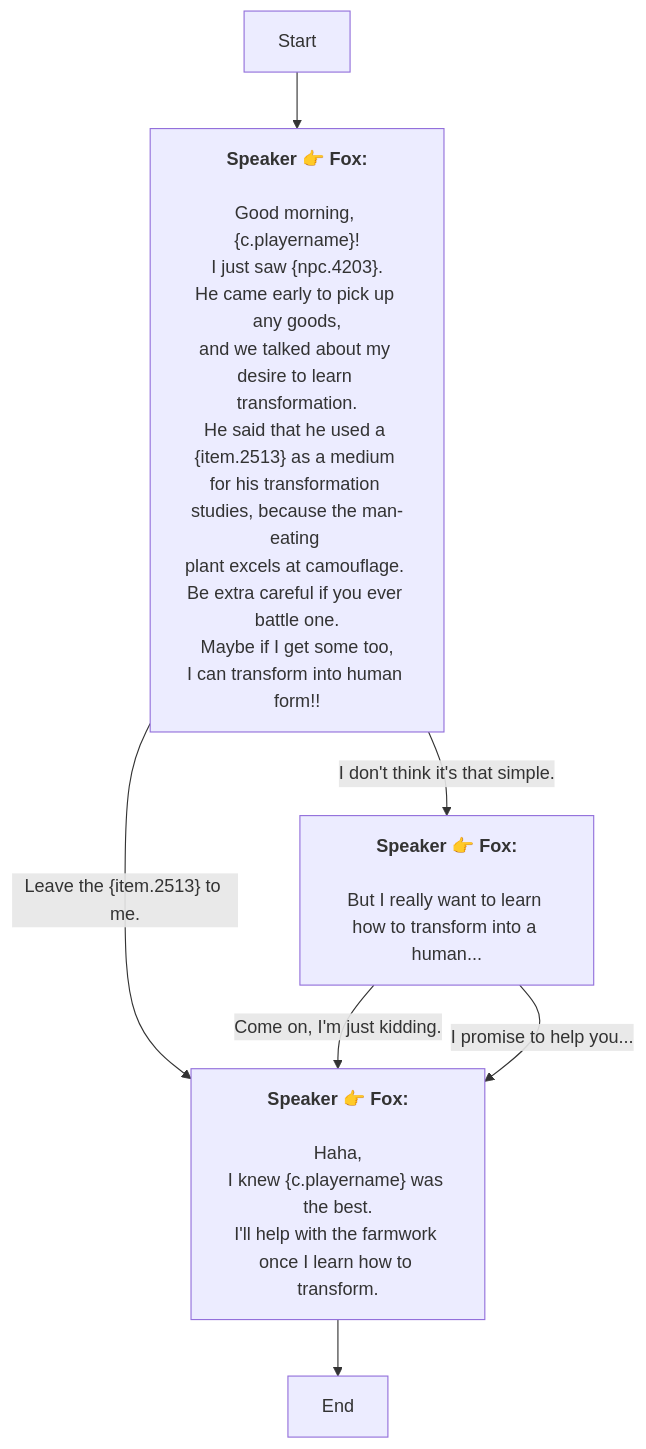
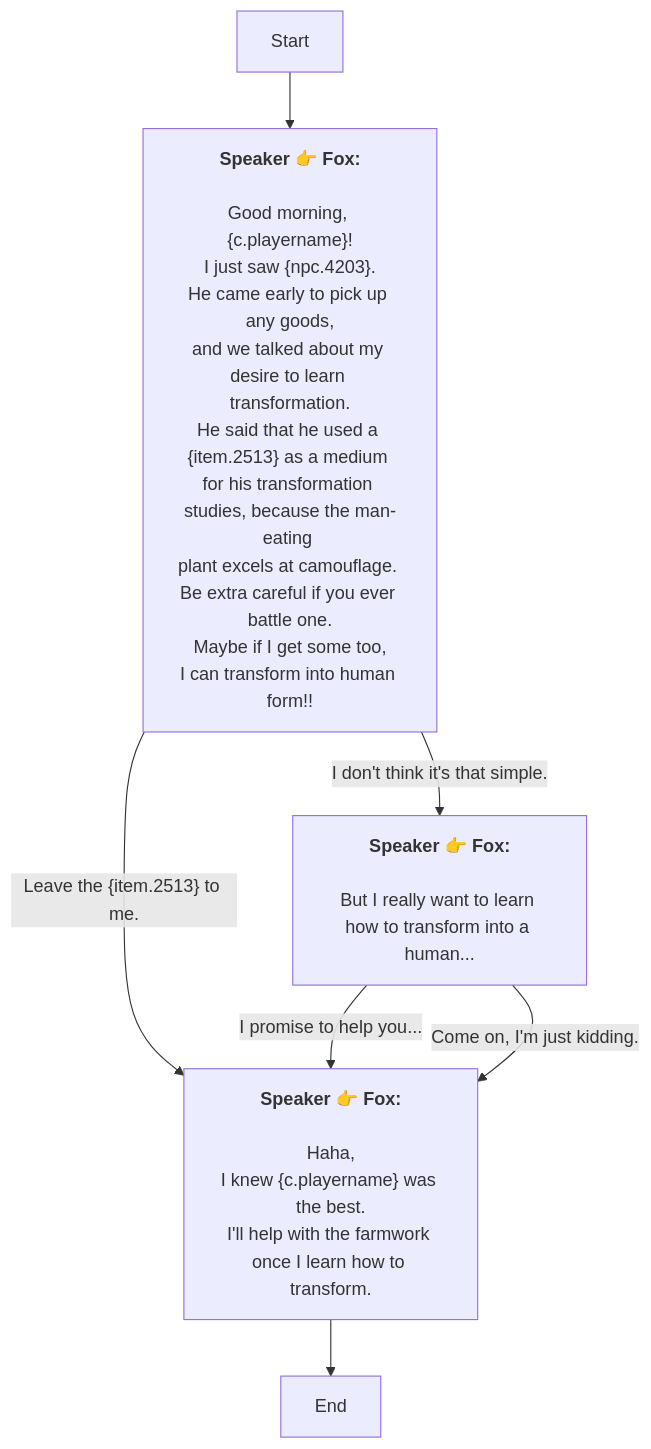
The diagram in En/QuestStartTalkENode_1738538277243034.md (SoftHu/tos_avg), drawn with Mermaid before and after one commit. The commit also changed other lines of this file and 780 other files, not shown here.

````diff
--- a/En/QuestStartTalkENode_1738538277243034.md
+++ b/En/QuestStartTalkENode_1738538277243034.md
@@ -1,26 +1,26 @@
 ```mermaid
 graph
 Start -->1738538993755293[<b>Speaker 👉 Fox:</b>
 \nGood morning, &lbrace;c.playername&rbrace;!\nI just saw &lbrace;npc.4203&rbrace;.
 He came early to pick up any goods,
 and we talked about my desire to learn transformation.\nHe said that he used a &lbrace;item.2513&rbrace; as a medium 
 for his transformation studies, because the man-eating 
 plant excels at camouflage. Be extra careful if you ever battle one.\nMaybe if I get some too,
 I can transform into human form!!]
+1738538993755293 -->|Leave the &lbrace;item.2513&rbrace; to me.|1738539326217385[<b>Speaker 👉 Fox:</b>
+\nHaha,
+I knew &lbrace;c.playername&rbrace; was the best.
+I'll help with the farmwork once I learn how to transform.]
 1738538993755293 -->|I don't think it's that simple.|1738539246921891[<b>Speaker 👉 Fox:</b>
 \nBut I really want to learn how to transform into a human...]
-1738538993755293 -->|Leave the &lbrace;item.2513&rbrace; to me.|1738539326217385[<b>Speaker 👉 Fox:</b>
+1738539246921891 -->|I promise to help you...|1738539326217385[<b>Speaker 👉 Fox:</b>
 \nHaha,
 I knew &lbrace;c.playername&rbrace; was the best.
 I'll help with the farmwork once I learn how to transform.]
 1738539246921891 -->|Come on, I'm just kidding.|1738539326217385[<b>Speaker 👉 Fox:</b>
 \nHaha,
 I knew &lbrace;c.playername&rbrace; was the best.
 I'll help with the farmwork once I learn how to transform.]
-1738539246921891 -->|I promise to help you...|1738539326217385[<b>Speaker 👉 Fox:</b>
-\nHaha,
-I knew &lbrace;c.playername&rbrace; was the best.
-I'll help with the farmwork once I learn how to transform.]
 1738539326217385 -->1738539373948074[End]
 
 ```
````
